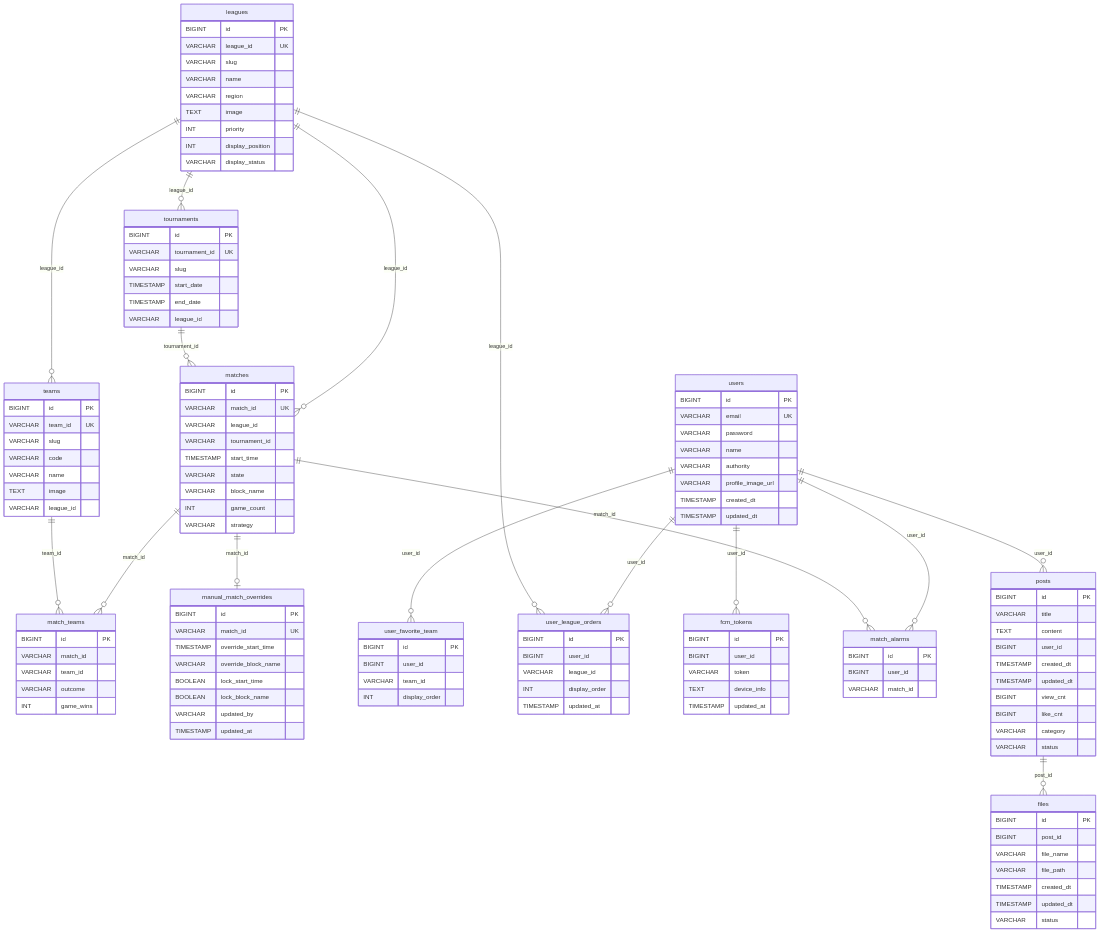
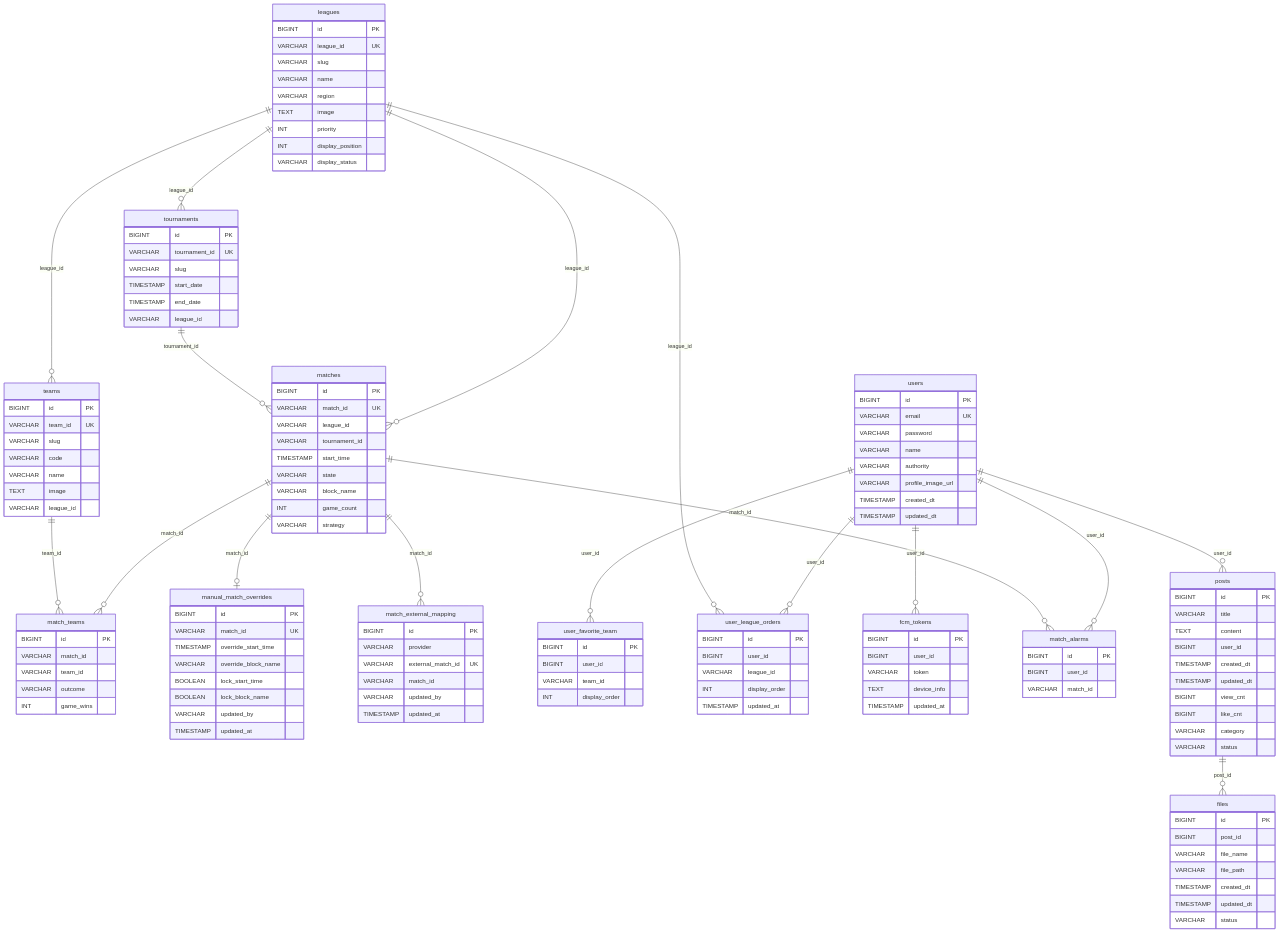
Before and after one commit to ji1007k/jilolgg-monolith: the diagram in docs/erd.md, drawn with Mermaid. The commit also changed other lines of this file and 21 other files, not shown here.

Commit message:
feat: add external match link workflow and portfolio docs refresh

```diff
--- a/docs/erd.md
+++ b/docs/erd.md
@@ -78,6 +78,15 @@
         TIMESTAMP updated_at
     }
 
+    match_external_mapping {
+        BIGINT id PK
+        VARCHAR provider
+        VARCHAR external_match_id UK
+        VARCHAR match_id
+        VARCHAR updated_by
+        TIMESTAMP updated_at
+    }
+
     user_favorite_team {
         BIGINT id PK
         BIGINT user_id
@@ -146,6 +155,7 @@
     matches ||--o{ match_teams : "match_id"
     teams ||--o{ match_teams : "team_id"
     matches ||--o| manual_match_overrides : "match_id"
+    matches ||--o{ match_external_mapping : "match_id"
     matches ||--o{ match_alarms : "match_id"
 
     posts ||--o{ files : "post_id"
```
